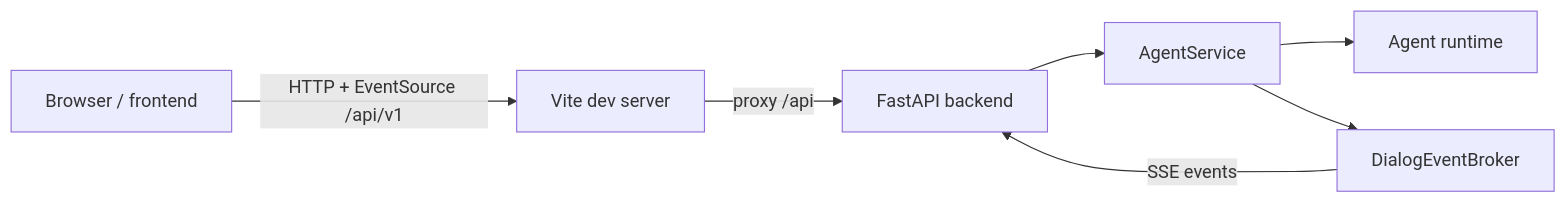
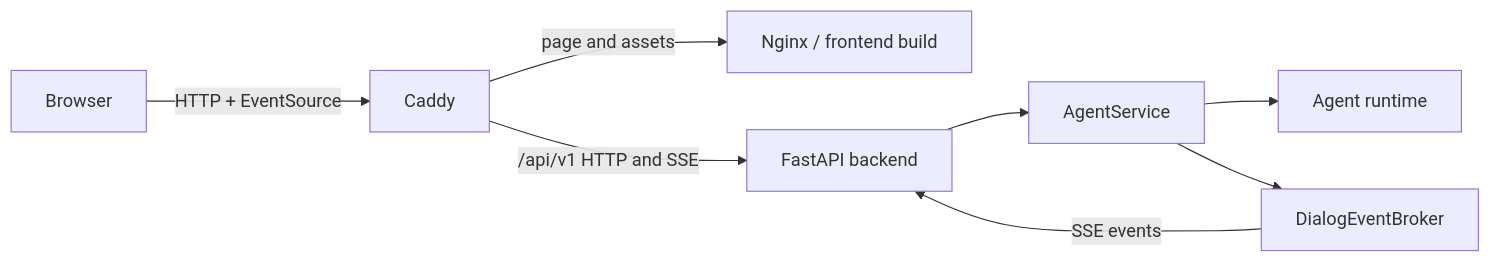
The second of 2 diagrams in docs/dialogs.md (Nisakoo/BMSTU-NIRS), drawn with Mermaid before and after one commit. The commit also changed other lines of this file and 32 other files, not shown here.

Commit message:
feat: connect backend with frontend

````diff
--- a/docs/dialogs.md
+++ b/docs/dialogs.md
@@ -165,9 +172,10 @@
 ```mermaid
 flowchart LR
-    Browser[Browser / frontend] -->|HTTP + EventSource /api/v1| Vite[Vite dev server]
-    Vite -->|proxy /api| API[FastAPI backend]
+    Browser[Browser] -->|HTTP + EventSource| Caddy[Caddy]
+    Caddy -->|page and assets| Nginx[Nginx / frontend build]
+    Caddy -->|/api/v1 HTTP and SSE| API[FastAPI backend]
     API --> Service[AgentService]
     Service --> Agent[Agent runtime]
     Service --> Broker[DialogEventBroker]
     Broker -->|SSE events| API
 ```
````
